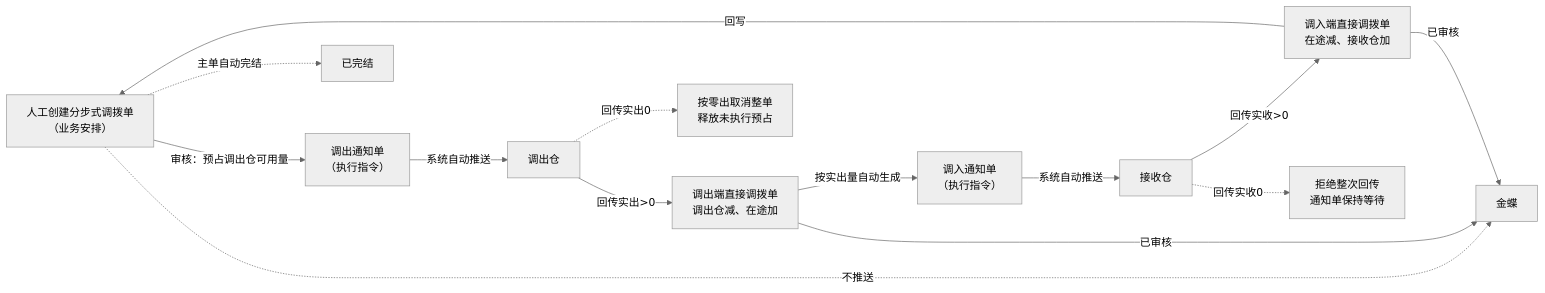
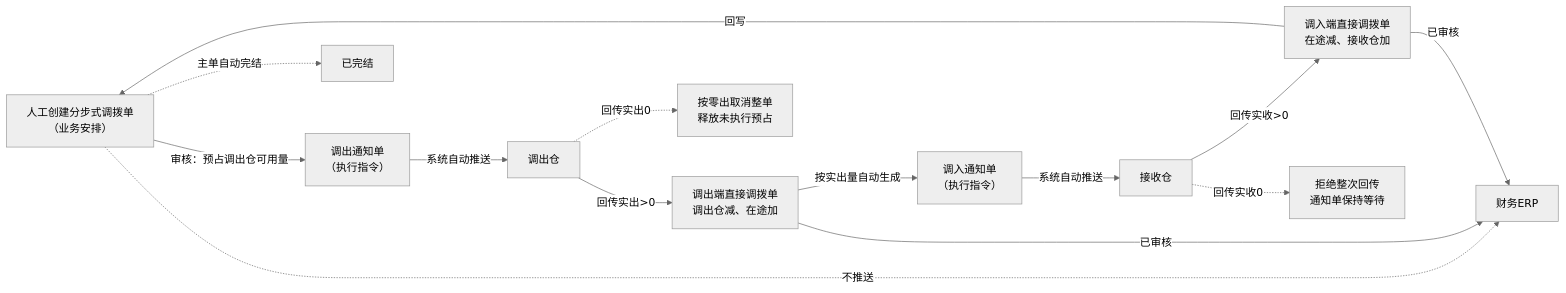
The first of 3 diagrams in 04-产品设计方案/20260812-ERP项目第一版框架搭建/需求文档PRD/7-库存管理/分步式调拨单/分步式调拨单主PRD.md (TopVitamin/QS-ERP-Project), drawn with Mermaid (neutral theme) before and after one commit. The commit also changed other lines of this file and 354 other files, not shown here.

````diff
--- a/04-产品设计方案/20260812-ERP项目第一版框架搭建/需求文档PRD/7-库存管理/分步式调拨单/分步式调拨单主PRD.md
+++ b/04-产品设计方案/20260812-ERP项目第一版框架搭建/需求文档PRD/7-库存管理/分步式调拨单/分步式调拨单主PRD.md
@@ -111,16 +112,16 @@
 ```mermaid
 flowchart LR
     A["人工创建分步式调拨单<br/>（业务安排）"] -->|"审核：预占调出仓可用量"| B["调出通知单<br/>（执行指令）"]
     B -->|"系统自动推送"| C["调出仓"]
     C -->|"回传实出>0"| D["调出端直接调拨单<br/>调出仓减、在途加"]
     D -->|"按实出量自动生成"| E["调入通知单<br/>（执行指令）"]
     E -->|"系统自动推送"| F["接收仓"]
     F -->|"回传实收>0"| G["调入端直接调拨单<br/>在途减、接收仓加"]
     G -->|"回写"| A
     A -.->|"主单自动完结"| H["已完结"]
     C -.->|"回传实出0"| I["按零出取消整单<br/>释放未执行预占"]
     F -.->|"回传实收0"| J["拒绝整次回传<br/>通知单保持等待"]
-    A -.->|"不推送"| K["金蝶"]
+    A -.->|"不推送"| K["财务ERP"]
     D -->|"已审核"| K
     G -->|"已审核"| K
 ```
````
